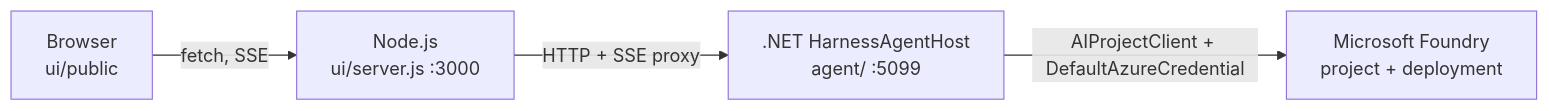
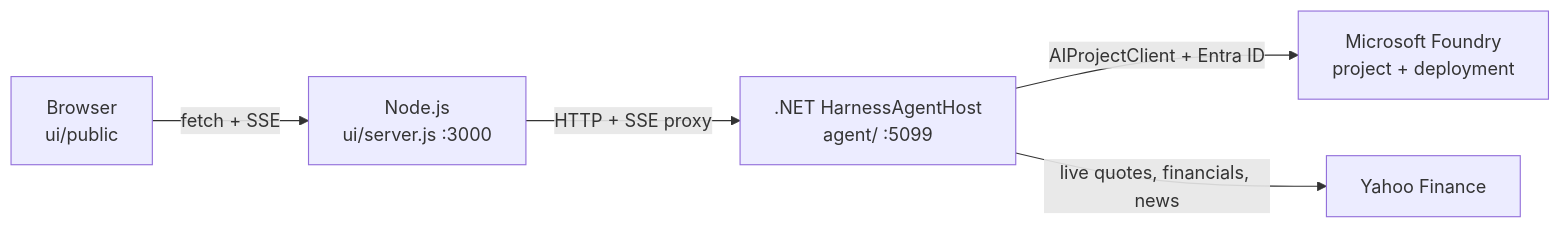
One commit to Pandey-Vikas/harness-agent-playground changed the diagram in README.md. Above: the diagram before and after it, drawn with Mermaid. The commit also changed other lines of this file and 19 other files, not shown here.

````diff
--- a/README.md
+++ b/README.md
@@ -76,10 +39,12 @@
 ```mermaid
 flowchart LR
     B[Browser<br/>ui/public]
     N[Node.js<br/>ui/server.js :3000]
     D[.NET HarnessAgentHost<br/>agent/ :5099]
     F[Microsoft Foundry<br/>project + deployment]
-    B -- fetch, SSE --> N
+    Y[Yahoo Finance]
+    B -- fetch + SSE --> N
     N -- HTTP + SSE proxy --> D
-    D -- AIProjectClient + DefaultAzureCredential --> F
+    D -- AIProjectClient + Entra ID --> F
+    D -- live quotes, financials, news --> Y
 ```
````
